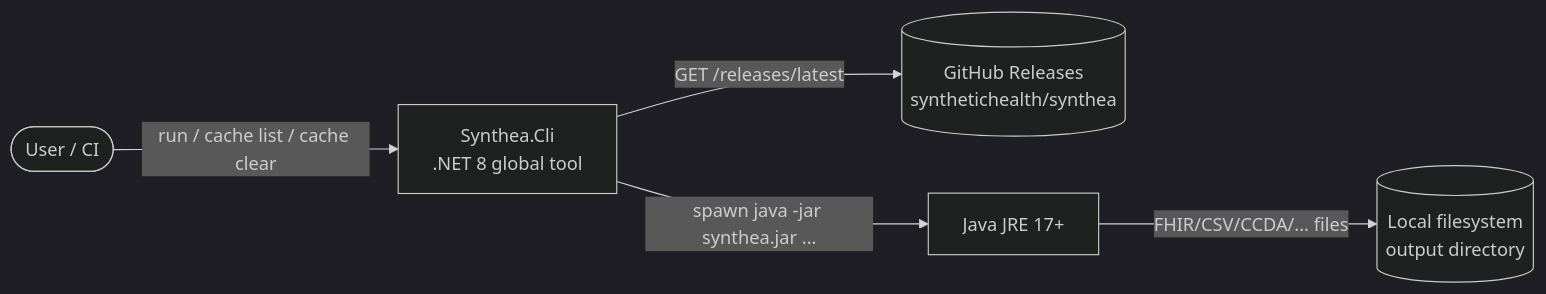
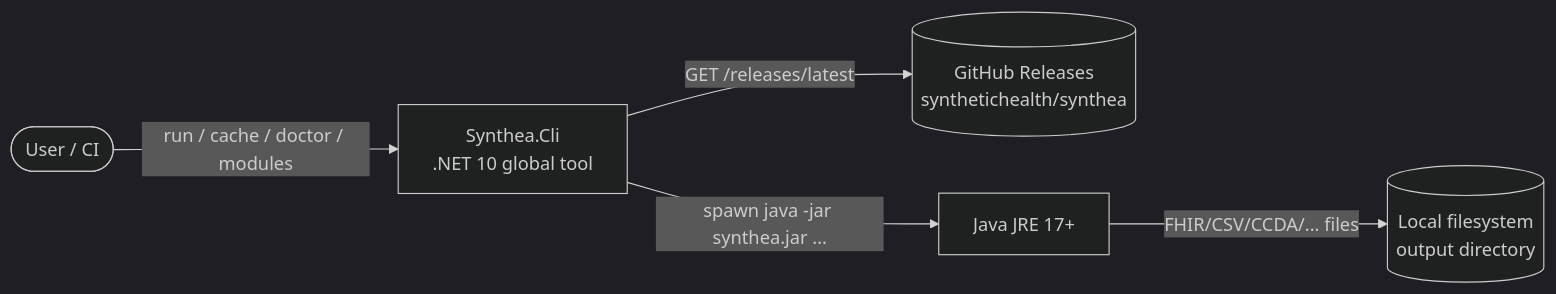
The first of 4 diagrams in docs/deliverables/Architecture.md (Kmanley1/SyntheaCli), drawn with Mermaid (dark theme) before and after one commit. The commit also changed other lines of this file and 8 other files, not shown here.

````diff
--- a/docs/deliverables/Architecture.md
+++ b/docs/deliverables/Architecture.md
@@ -15,13 +15,13 @@
 ```mermaid
 flowchart LR
     User([User / CI])
-    SyntheaCli[Synthea.Cli<br/>.NET 8 global tool]
+    SyntheaCli[Synthea.Cli<br/>.NET 10 global tool]
     GitHub[(GitHub Releases<br/>synthetichealth/synthea)]
     Java[Java JRE 17+]
     Output[(Local filesystem<br/>output directory)]
 
-    User -->|run / cache list / cache clear| SyntheaCli
+    User -->|run / cache / doctor / modules| SyntheaCli
     SyntheaCli -->|GET /releases/latest| GitHub
     SyntheaCli -->|spawn java -jar synthea.jar ...| Java
     Java -->|FHIR/CSV/CCDA/... files| Output
 ```
````
